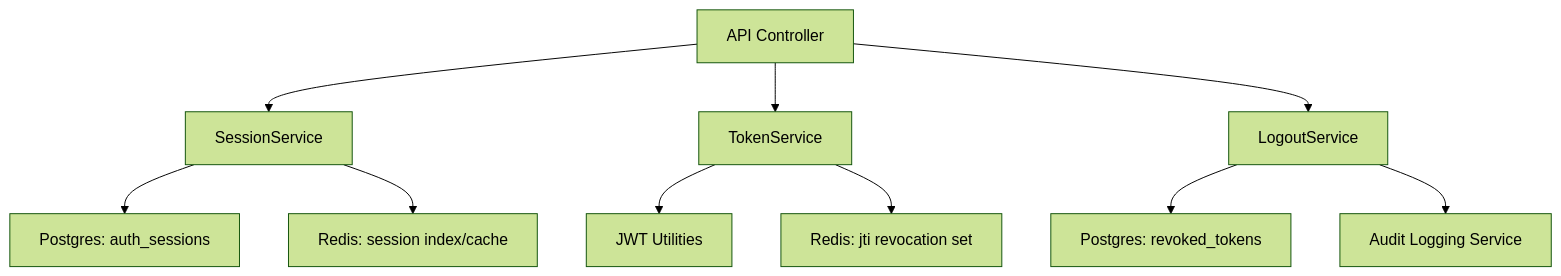
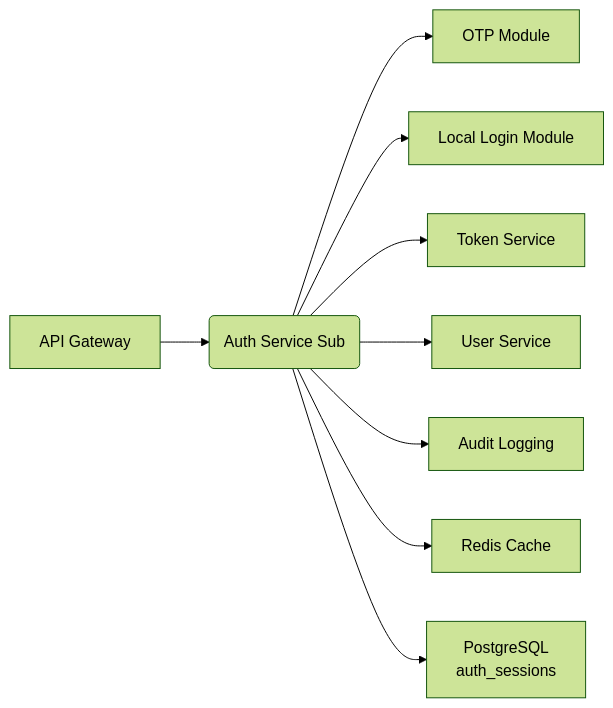
Before and after one commit to ezdesign-vn/dx-vas: the fifth of 6 diagrams in docs/services/auth-service/sub/design.md, drawn with Mermaid (forest theme). The commit also changed other lines of this file and 4 other files, not shown here.

Commit message:
fulfill adjusting auth service sub

````diff
--- a/docs/services/auth-service/sub/design.md
+++ b/docs/services/auth-service/sub/design.md
@@ -966,12 +1010,11 @@
 ```mermaid
-flowchart TD
-  A[API Controller] --> B1[SessionService]
-  A --> B2[TokenService]
-  A --> B3[LogoutService]
-  B1 --> C1[Postgres: auth_sessions]
-  B2 --> C2[JWT Utilities]
-  B3 --> C3[Postgres: revoked_tokens]
-  B1 --> D1[Redis: session index/cache]
-  B2 --> D2[Redis: jti revocation set]
-  B3 --> E1[Audit Logging Service]
+graph LR
+  GW[API Gateway] --> SRV(Auth Service Sub)
+  SRV --> OTP[OTP Module]
+  SRV --> LOCAL[Local Login Module]
+  SRV --> TS[Token Service]
+  SRV --> US[User Service]
+  SRV --> AUD[Audit Logging]
+  SRV --> REDIS[Redis Cache]
+  SRV --> PG[PostgreSQL</br>auth_sessions]
 ```
````
